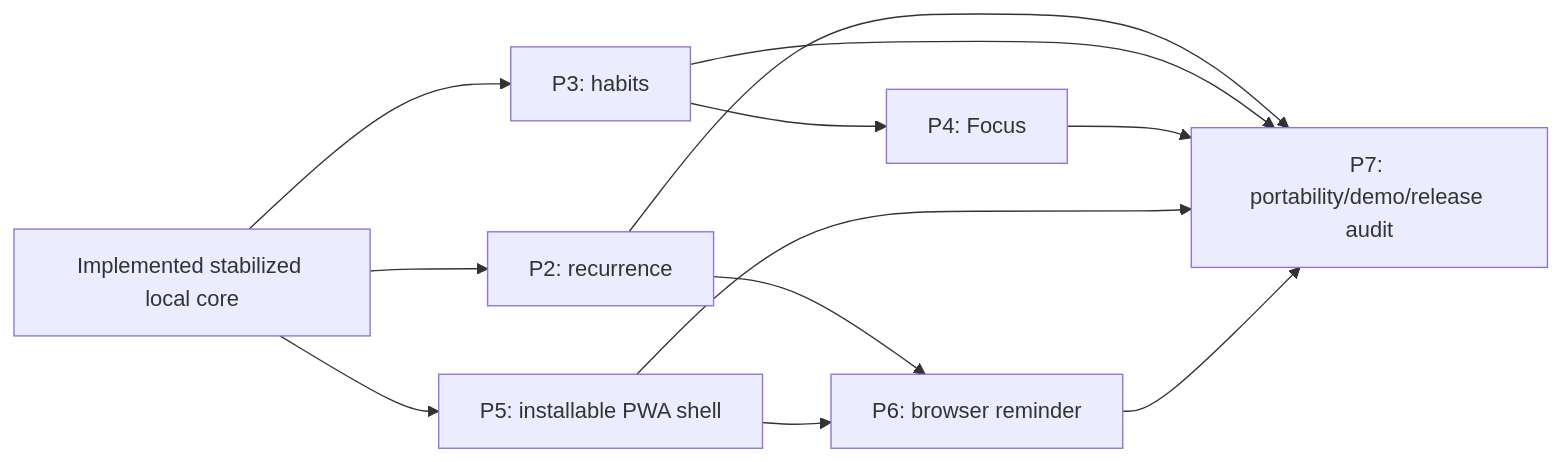
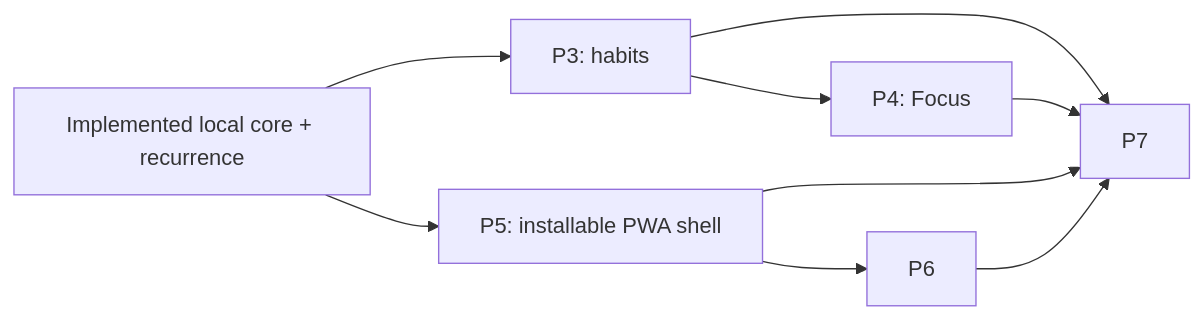
One commit to felixfirefighter/opentask changed the diagram in docs/IMPLEMENTATION_PLAN.md. Above: the diagram before and after it, drawn with Mermaid. The commit also changed other lines of this file and 152 other files, not shown here.

````diff
--- a/docs/IMPLEMENTATION_PLAN.md
+++ b/docs/IMPLEMENTATION_PLAN.md
@@ -24,14 +24,11 @@
 ```mermaid
 flowchart LR
-    BASELINE["Implemented stabilized local core"] --> P2["P2: recurrence"]
-    BASELINE --> P3["P3: habits"]
+    BASELINE["Implemented local core + recurrence"] --> P3["P3: habits"]
     BASELINE --> P5["P5: installable PWA shell"]
     P3 --> P4["P4: Focus"]
-    P2 --> P6["P6: browser reminder"]
     P5 --> P6
-    P2 --> P7["P7: portability/demo/release audit"]
     P3 --> P7
     P4 --> P7
     P5 --> P7
     P6 --> P7
 ```
````
